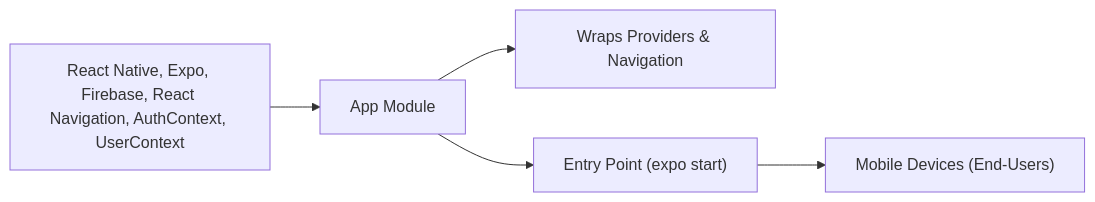
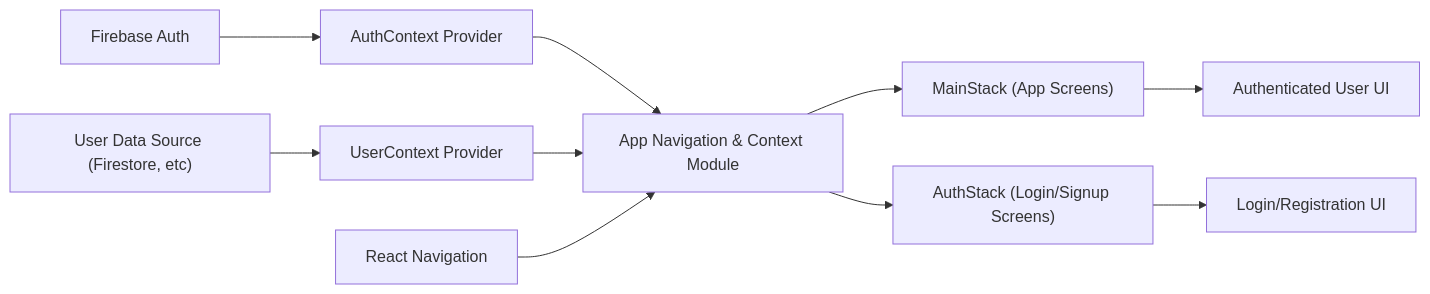
The diagram in .shelfya/README.md (lucasboucher/Expo-Firebase-Boiler-Plate-2), drawn with Mermaid before and after one commit. The commit also changed other lines of this file and 7 other files, not shown here.

````diff
--- a/.shelfya/README.md
+++ b/.shelfya/README.md
@@ -43,7 +51,19 @@
 ```mermaid
 flowchart LR
-  dependencies["React Native, Expo, Firebase, React Navigation, AuthContext, UserContext"] --> thisModule["App Module"]
-  thisModule --> process["Wraps Providers & Navigation"]
-  thisModule --> usedBy["Entry Point (expo start)"]
-  usedBy --> consumers["Mobile Devices (End-Users)"]
+  firebaseAuth["Firebase Auth"]
+  navigation["React Navigation"]
+  userDb["User Data Source (Firestore, etc)"]
+
+  firebaseAuth --> authContext["AuthContext Provider"]
+  authContext --> thisModule["App Navigation & Context Module"]
+  userDb --> userContext["UserContext Provider"]
+  userContext --> thisModule
+
+  navigation --> thisModule
+
+  thisModule --> mainStack["MainStack (App Screens)"]
+  thisModule --> authStack["AuthStack (Login/Signup Screens)"]
+
+  mainStack --> appUI["Authenticated User UI"]
+  authStack --> loginUI["Login/Registration UI"]
 ```
````
